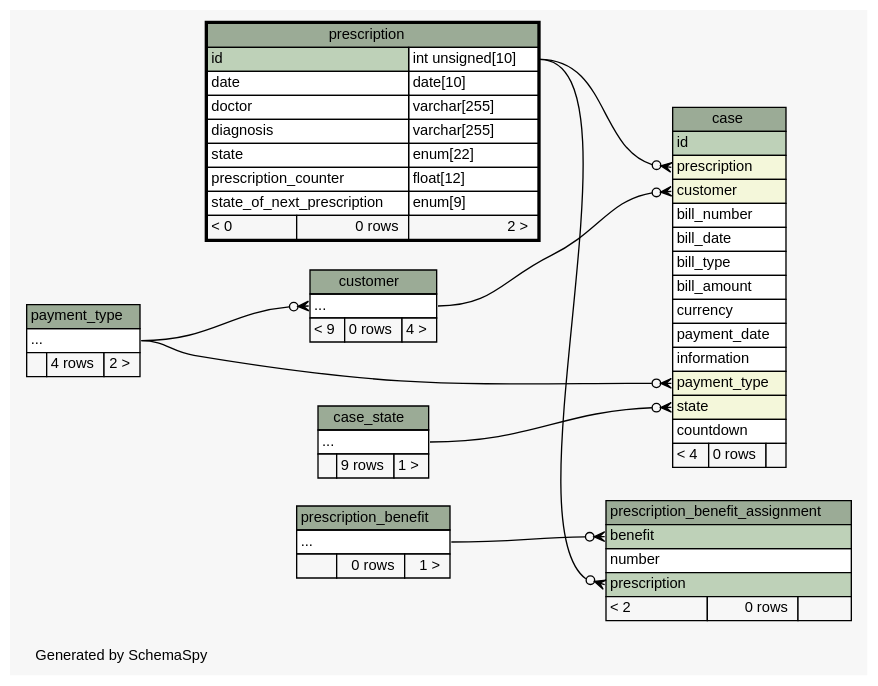
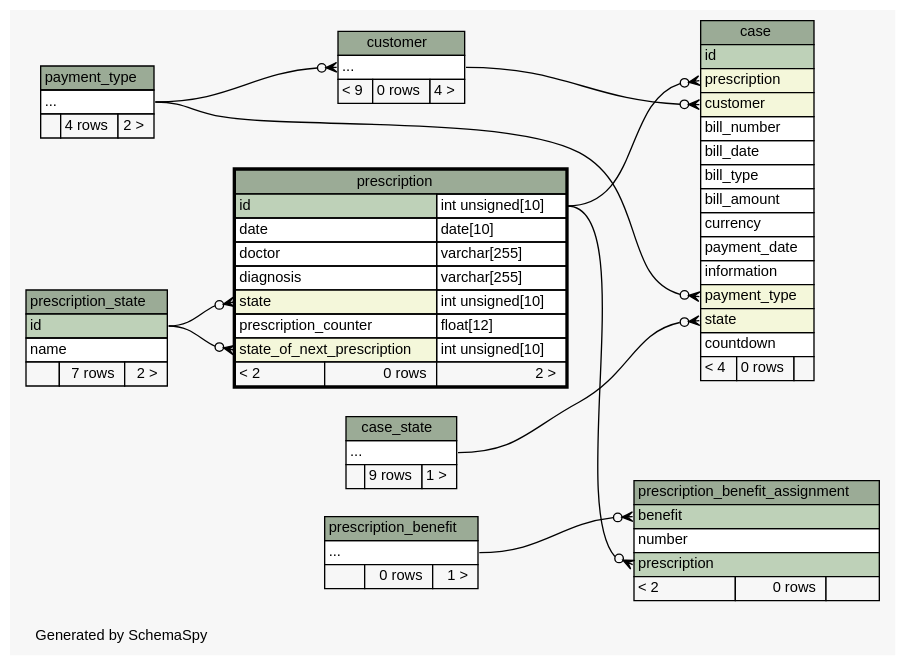
One commit to KaiBMP/KaiBMP.github.io changed the diagram in diagrams/prescription.2degrees.dot. Above: the diagram before and after it, drawn with Graphviz. The commit also changed 120 other files, not shown here.

Commit message:
schemaspy update

```diff
--- a/diagrams/prescription.2degrees.dot
+++ b/diagrams/prescription.2degrees.dot
@@ -1,119 +1,132 @@
-// dot 2.40.1 on Linux 5.0.0-37-generic
+// dot 2.40.1 on Linux 5.3.0-26-generic
 // SchemaSpy rev 590
 digraph "twoDegreesRelationshipsDiagram" {
   graph [
     rankdir="RL"
     bgcolor="#f7f7f7"
     label="\nGenerated by SchemaSpy"
     labeljust="l"
     nodesep="0.18"
     ranksep="0.46"
     fontname="Helvetica"
     fontsize="11"
   ];
   node [
     fontname="Helvetica"
     fontsize="11"
     shape="plaintext"
   ];
   edge [
     arrowsize="0.8"
   ];
   "case":"customer":w -> "customer":"elipses":e [arrowhead=none dir=back arrowtail=crowodot];
   "case":"payment_type":w -> "payment_type":"elipses":e [arrowhead=none dir=back arrowtail=crowodot];
   "case":"prescription":w -> "prescription":"id.type":e [arrowhead=none dir=back arrowtail=crowodot];
   "case":"state":w -> "case_state":"elipses":e [arrowhead=none dir=back arrowtail=crowodot];
   "customer":"elipses":w -> "payment_type":"elipses":e [arrowhead=none dir=back arrowtail=crowodot];
+  "prescription":"state":w -> "prescription_state":"id":e [arrowhead=none dir=back arrowtail=crowodot];
+  "prescription":"state_of_next_prescription":w -> "prescription_state":"id":e [arrowhead=none dir=back arrowtail=crowodot];
   "prescription_benefit_assignment":"benefit":w -> "prescription_benefit":"elipses":e [arrowhead=none dir=back arrowtail=crowodot];
   "prescription_benefit_assignment":"prescription":w -> "prescription":"id.type":e [arrowhead=none dir=back arrowtail=crowodot];
   "case" [
     label=<
     <TABLE BORDER="0" CELLBORDER="1" CELLSPACING="0" BGCOLOR="#ffffff">
       <TR><TD COLSPAN="3" BGCOLOR="#9bab96" ALIGN="CENTER">case</TD></TR>
       <TR><TD PORT="id" COLSPAN="3" BGCOLOR="#bed1b8" ALIGN="LEFT">id</TD></TR>
       <TR><TD PORT="prescription" COLSPAN="3" BGCOLOR="#f4f7da" ALIGN="LEFT">prescription</TD></TR>
       <TR><TD PORT="customer" COLSPAN="3" BGCOLOR="#f4f7da" ALIGN="LEFT">customer</TD></TR>
       <TR><TD PORT="bill_number" COLSPAN="3" ALIGN="LEFT">bill_number</TD></TR>
       <TR><TD PORT="bill_date" COLSPAN="3" ALIGN="LEFT">bill_date</TD></TR>
       <TR><TD PORT="bill_type" COLSPAN="3" ALIGN="LEFT">bill_type</TD></TR>
       <TR><TD PORT="bill_amount" COLSPAN="3" ALIGN="LEFT">bill_amount</TD></TR>
       <TR><TD PORT="currency" COLSPAN="3" ALIGN="LEFT">currency</TD></TR>
       <TR><TD PORT="payment_date" COLSPAN="3" ALIGN="LEFT">payment_date</TD></TR>
       <TR><TD PORT="information" COLSPAN="3" ALIGN="LEFT">information</TD></TR>
       <TR><TD PORT="payment_type" COLSPAN="3" BGCOLOR="#f4f7da" ALIGN="LEFT">payment_type</TD></TR>
       <TR><TD PORT="state" COLSPAN="3" BGCOLOR="#f4f7da" ALIGN="LEFT">state</TD></TR>
       <TR><TD PORT="countdown" COLSPAN="3" ALIGN="LEFT">countdown</TD></TR>
       <TR><TD ALIGN="LEFT" BGCOLOR="#f7f7f7">&lt; 4</TD><TD ALIGN="RIGHT" BGCOLOR="#f7f7f7">0 rows</TD><TD ALIGN="RIGHT" BGCOLOR="#f7f7f7">  </TD></TR>
     </TABLE>>
     URL="case.html"
     tooltip="case"
   ];
   "case_state" [
     label=<
     <TABLE BORDER="0" CELLBORDER="1" CELLSPACING="0" BGCOLOR="#ffffff">
       <TR><TD COLSPAN="3" BGCOLOR="#9bab96" ALIGN="CENTER">case_state</TD></TR>
       <TR><TD PORT="elipses" COLSPAN="3" ALIGN="LEFT">...</TD></TR>
       <TR><TD ALIGN="LEFT" BGCOLOR="#f7f7f7">  </TD><TD ALIGN="RIGHT" BGCOLOR="#f7f7f7">9 rows</TD><TD ALIGN="RIGHT" BGCOLOR="#f7f7f7">1 &gt;</TD></TR>
     </TABLE>>
     URL="case_state.html"
     tooltip="case_state"
   ];
   "customer" [
     label=<
     <TABLE BORDER="0" CELLBORDER="1" CELLSPACING="0" BGCOLOR="#ffffff">
       <TR><TD COLSPAN="3" BGCOLOR="#9bab96" ALIGN="CENTER">customer</TD></TR>
       <TR><TD PORT="elipses" COLSPAN="3" ALIGN="LEFT">...</TD></TR>
       <TR><TD ALIGN="LEFT" BGCOLOR="#f7f7f7">&lt; 9</TD><TD ALIGN="RIGHT" BGCOLOR="#f7f7f7">0 rows</TD><TD ALIGN="RIGHT" BGCOLOR="#f7f7f7">4 &gt;</TD></TR>
     </TABLE>>
     URL="customer.html"
     tooltip="customer"
   ];
   "payment_type" [
     label=<
     <TABLE BORDER="0" CELLBORDER="1" CELLSPACING="0" BGCOLOR="#ffffff">
       <TR><TD COLSPAN="3" BGCOLOR="#9bab96" ALIGN="CENTER">payment_type</TD></TR>
       <TR><TD PORT="elipses" COLSPAN="3" ALIGN="LEFT">...</TD></TR>
       <TR><TD ALIGN="LEFT" BGCOLOR="#f7f7f7">  </TD><TD ALIGN="RIGHT" BGCOLOR="#f7f7f7">4 rows</TD><TD ALIGN="RIGHT" BGCOLOR="#f7f7f7">2 &gt;</TD></TR>
     </TABLE>>
     URL="payment_type.html"
     tooltip="payment_type"
   ];
   "prescription" [
     label=<
     <TABLE BORDER="2" CELLBORDER="1" CELLSPACING="0" BGCOLOR="#ffffff">
       <TR><TD COLSPAN="3" BGCOLOR="#9bab96" ALIGN="CENTER">prescription</TD></TR>
       <TR><TD PORT="id" COLSPAN="2" BGCOLOR="#bed1b8" ALIGN="LEFT">id</TD><TD PORT="id.type" ALIGN="LEFT">int unsigned[10]</TD></TR>
       <TR><TD PORT="date" COLSPAN="2" ALIGN="LEFT">date</TD><TD PORT="date.type" ALIGN="LEFT">date[10]</TD></TR>
       <TR><TD PORT="doctor" COLSPAN="2" ALIGN="LEFT">doctor</TD><TD PORT="doctor.type" ALIGN="LEFT">varchar[255]</TD></TR>
       <TR><TD PORT="diagnosis" COLSPAN="2" ALIGN="LEFT">diagnosis</TD><TD PORT="diagnosis.type" ALIGN="LEFT">varchar[255]</TD></TR>
-      <TR><TD PORT="state" COLSPAN="2" ALIGN="LEFT">state</TD><TD PORT="state.type" ALIGN="LEFT">enum[22]</TD></TR>
+      <TR><TD PORT="state" COLSPAN="2" BGCOLOR="#f4f7da" ALIGN="LEFT">state</TD><TD PORT="state.type" ALIGN="LEFT">int unsigned[10]</TD></TR>
       <TR><TD PORT="prescription_counter" COLSPAN="2" ALIGN="LEFT">prescription_counter</TD><TD PORT="prescription_counter.type" ALIGN="LEFT">float[12]</TD></TR>
-      <TR><TD PORT="state_of_next_prescription" COLSPAN="2" ALIGN="LEFT">state_of_next_prescription</TD><TD PORT="state_of_next_prescription.type" ALIGN="LEFT">enum[9]</TD></TR>
-      <TR><TD ALIGN="LEFT" BGCOLOR="#f7f7f7">&lt; 0</TD><TD ALIGN="RIGHT" BGCOLOR="#f7f7f7">0 rows</TD><TD ALIGN="RIGHT" BGCOLOR="#f7f7f7">2 &gt;</TD></TR>
+      <TR><TD PORT="state_of_next_prescription" COLSPAN="2" BGCOLOR="#f4f7da" ALIGN="LEFT">state_of_next_prescription</TD><TD PORT="state_of_next_prescription.type" ALIGN="LEFT">int unsigned[10]</TD></TR>
+      <TR><TD ALIGN="LEFT" BGCOLOR="#f7f7f7">&lt; 2</TD><TD ALIGN="RIGHT" BGCOLOR="#f7f7f7">0 rows</TD><TD ALIGN="RIGHT" BGCOLOR="#f7f7f7">2 &gt;</TD></TR>
     </TABLE>>
     URL="prescription.html"
     tooltip="prescription"
   ];
   "prescription_benefit" [
     label=<
     <TABLE BORDER="0" CELLBORDER="1" CELLSPACING="0" BGCOLOR="#ffffff">
       <TR><TD COLSPAN="3" BGCOLOR="#9bab96" ALIGN="CENTER">prescription_benefit</TD></TR>
       <TR><TD PORT="elipses" COLSPAN="3" ALIGN="LEFT">...</TD></TR>
       <TR><TD ALIGN="LEFT" BGCOLOR="#f7f7f7">  </TD><TD ALIGN="RIGHT" BGCOLOR="#f7f7f7">0 rows</TD><TD ALIGN="RIGHT" BGCOLOR="#f7f7f7">1 &gt;</TD></TR>
     </TABLE>>
     URL="prescription_benefit.html"
     tooltip="prescription_benefit"
   ];
   "prescription_benefit_assignment" [
     label=<
     <TABLE BORDER="0" CELLBORDER="1" CELLSPACING="0" BGCOLOR="#ffffff">
       <TR><TD COLSPAN="3" BGCOLOR="#9bab96" ALIGN="CENTER">prescription_benefit_assignment</TD></TR>
       <TR><TD PORT="benefit" COLSPAN="3" BGCOLOR="#bed1b8" ALIGN="LEFT">benefit</TD></TR>
       <TR><TD PORT="number" COLSPAN="3" ALIGN="LEFT">number</TD></TR>
       <TR><TD PORT="prescription" COLSPAN="3" BGCOLOR="#bed1b8" ALIGN="LEFT">prescription</TD></TR>
       <TR><TD ALIGN="LEFT" BGCOLOR="#f7f7f7">&lt; 2</TD><TD ALIGN="RIGHT" BGCOLOR="#f7f7f7">0 rows</TD><TD ALIGN="RIGHT" BGCOLOR="#f7f7f7">  </TD></TR>
     </TABLE>>
     URL="prescription_benefit_assignment.html"
     tooltip="prescription_benefit_assignment"
   ];
+  "prescription_state" [
+    label=<
+    <TABLE BORDER="0" CELLBORDER="1" CELLSPACING="0" BGCOLOR="#ffffff">
+      <TR><TD COLSPAN="3" BGCOLOR="#9bab96" ALIGN="CENTER">prescription_state</TD></TR>
+      <TR><TD PORT="id" COLSPAN="3" BGCOLOR="#bed1b8" ALIGN="LEFT">id</TD></TR>
+      <TR><TD PORT="name" COLSPAN="3" ALIGN="LEFT">name</TD></TR>
+      <TR><TD ALIGN="LEFT" BGCOLOR="#f7f7f7">  </TD><TD ALIGN="RIGHT" BGCOLOR="#f7f7f7">7 rows</TD><TD ALIGN="RIGHT" BGCOLOR="#f7f7f7">2 &gt;</TD></TR>
+    </TABLE>>
+    URL="prescription_state.html"
+    tooltip="prescription_state"
+  ];
 }
```
